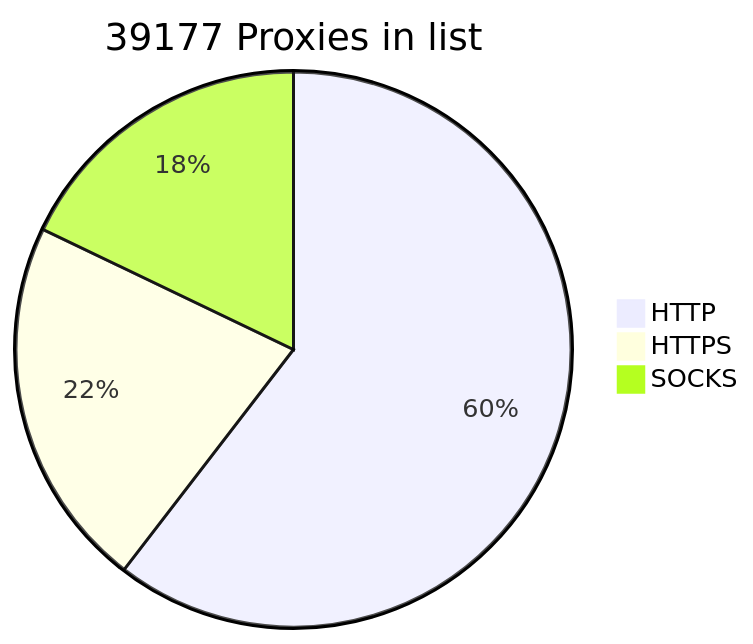
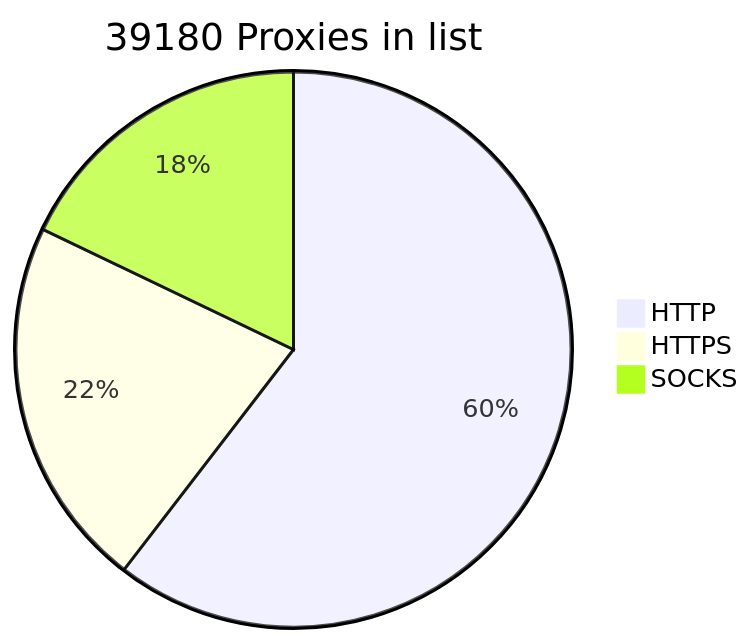
One commit to BlackSnowDot/proxylist-update-every-minute changed the diagram in README.md. Above: the diagram before and after it, drawn with Mermaid.

````diff
--- a/README.md
+++ b/README.md
@@ -2,6 +2,6 @@
 ```mermaid
-pie title 39177 Proxies in list
-    "HTTP" : 27710
+pie title 39180 Proxies in list
+    "HTTP" : 27714
     "HTTPS": 9938
     "SOCKS" : 8201
 ```
````
